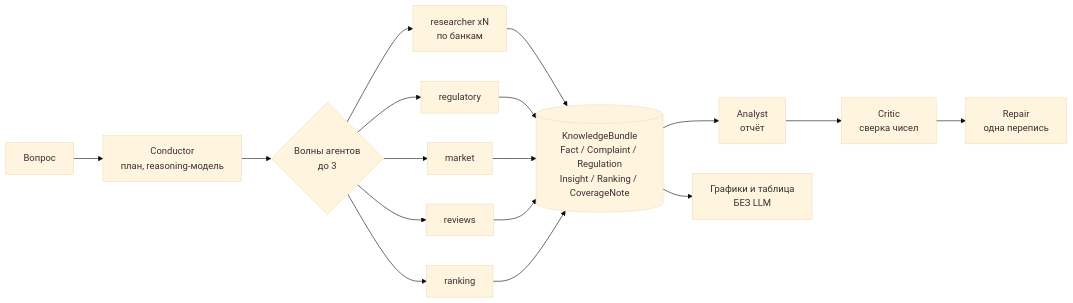
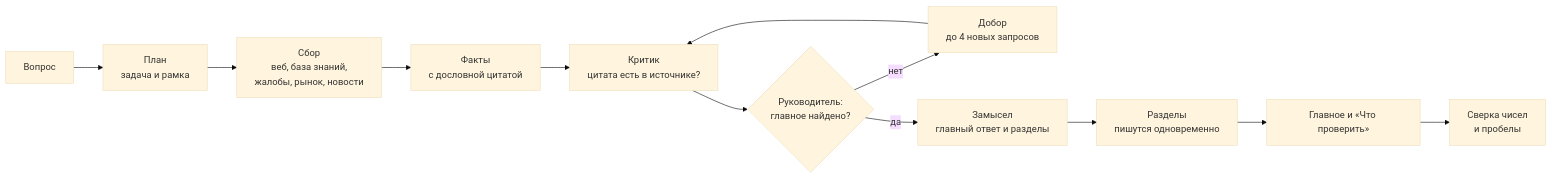
One commit to SashaEee/auditLens changed the second of 2 diagrams in docs/ARCHITECTURE.md. Above: the diagram before and after it, drawn with Mermaid (base theme). The commit also changed other lines of this file and 1 other file, not shown here.

First line of the commit message:
Документация: действующая схема ИИ-помощника

````diff
--- a/docs/ARCHITECTURE.md
+++ b/docs/ARCHITECTURE.md
@@ -182,19 +190,14 @@
 ```mermaid
 flowchart LR
-    Q[Вопрос] --> C[Conductor<br/>план, reasoning-модель]
-    C --> W{Волны агентов<br/>до 3}
-    W --> R[researcher xN<br/>по банкам]
-    W --> RG[regulatory]
-    W --> MK[market]
-    W --> RV[reviews]
-    W --> RK[ranking]
-    R --> B[(KnowledgeBundle<br/>Fact / Complaint / Regulation<br/>Insight / Ranking / CoverageNote)]
-    RG --> B
-    MK --> B
-    RV --> B
-    RK --> B
-    B --> A[Analyst<br/>отчёт]
-    A --> CR[Critic<br/>сверка чисел]
-    CR --> RP[Repair<br/>одна перепись]
-    B --> CH[Графики и таблица<br/>БЕЗ LLM]
+    Q[Вопрос] --> P[План<br/>задача и рамка]
+    P --> S[Сбор<br/>веб, база знаний,<br/>жалобы, рынок, новости]
+    S --> F[Факты<br/>с дословной цитатой]
+    F --> K[Критик<br/>цитата есть в источнике?]
+    K --> L{Руководитель:<br/>главное найдено?}
+    L -- нет --> D[Добор<br/>до 4 новых запросов]
+    D --> K
+    L -- да --> B[Замысел<br/>главный ответ и разделы]
+    B --> W[Разделы<br/>пишутся одновременно]
+    W --> R[Главное и «Что проверить»]
+    R --> V[Сверка чисел<br/>и пробелы]
 ```
````
